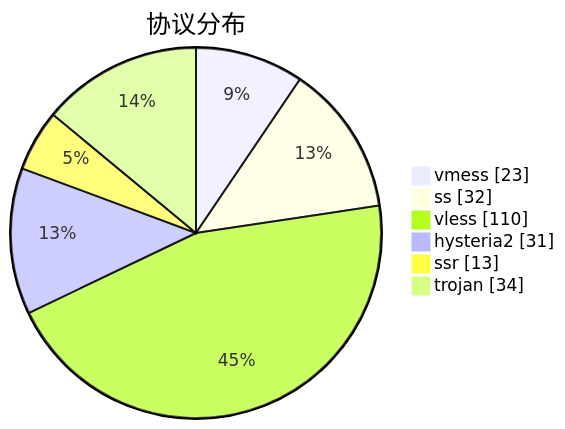
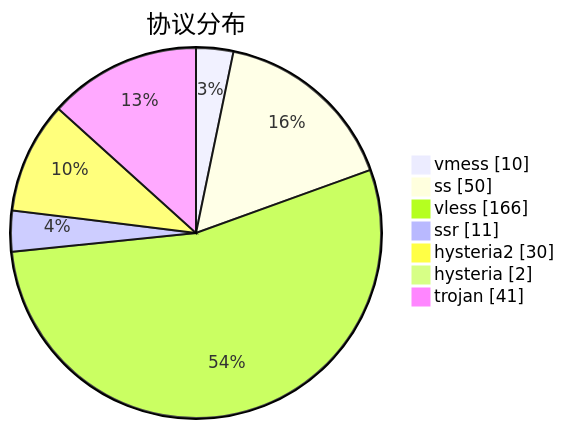
One commit to sinspired/airport changed the third of 3 diagrams in subs/statistics/tested_within.md. Above: the diagram before and after it, drawn with Mermaid. The commit also changed other lines of this file and 2 other files, not shown here.

````diff
--- a/subs/statistics/tested_within.md
+++ b/subs/statistics/tested_within.md
@@ -42,10 +43,11 @@
 ```mermaid
 pie showData
 title 协议分布
-"vmess" : 23
-"ss" : 32
-"vless" : 110
-"hysteria2" : 31
-"ssr" : 13
-"trojan" : 34
+"vmess" : 10
+"ss" : 50
+"vless" : 166
+"ssr" : 11
+"hysteria2" : 30
+"hysteria" : 2
+"trojan" : 41
 ```
````
